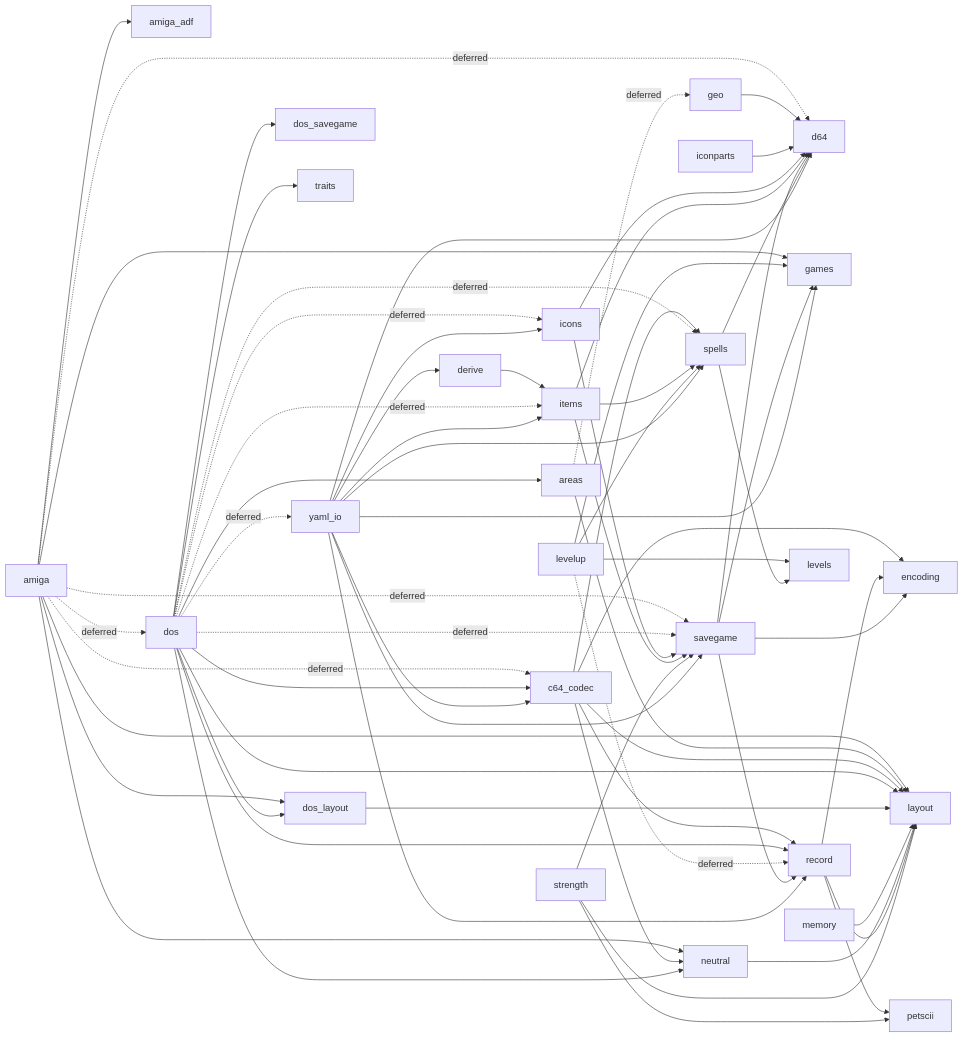
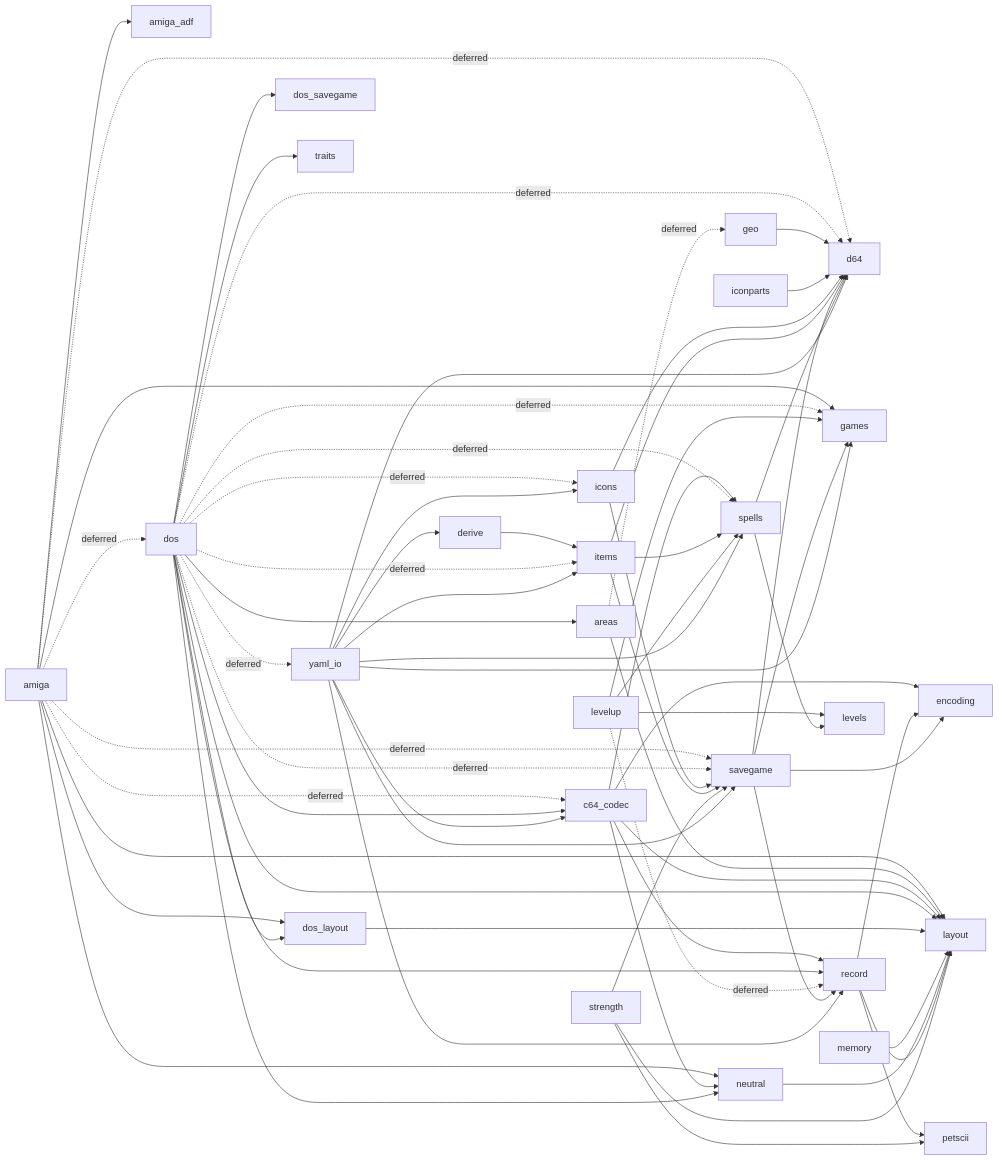
The fourth of 4 diagrams in docs/117-save-conversion.md (malcyon/wish), drawn with Mermaid before and after one commit. The commit also changed other lines of this file and 2 other files, not shown here.

````diff
--- a/docs/117-save-conversion.md
+++ b/docs/117-save-conversion.md
@@ -1321,68 +1335,70 @@
 ```mermaid
 graph LR
   amiga --> amiga_adf
   amiga -.->|deferred| c64_codec
   amiga -.->|deferred| d64
   amiga -.->|deferred| dos
   amiga --> dos_layout
   amiga --> games
   amiga --> layout
   amiga --> neutral
   amiga -.->|deferred| savegame
   areas -.->|deferred| geo
   areas --> layout
   c64_codec --> encoding
   c64_codec --> layout
   c64_codec --> neutral
   c64_codec --> record
   c64_codec --> spells
   derive --> items
   dos --> areas
   dos --> c64_codec
+  dos -.->|deferred| d64
   dos --> dos_layout
   dos --> dos_savegame
+  dos -.->|deferred| games
   dos -.->|deferred| icons
   dos -.->|deferred| items
   dos --> layout
   dos --> neutral
   dos --> record
   dos -.->|deferred| savegame
   dos -.->|deferred| spells
   dos --> traits
   dos -.->|deferred| yaml_io
   dos_layout --> layout
   geo --> d64
   iconparts --> d64
   icons --> d64
   icons --> savegame
   items --> d64
   items --> savegame
   items --> spells
   levelup --> games
   levelup --> levels
   levelup -.->|deferred| record
   levelup --> spells
   memory --> layout
   neutral --> layout
   record --> encoding
   record --> layout
   record --> petscii
   savegame --> d64
   savegame --> encoding
   savegame --> games
   savegame --> record
   spells --> d64
   spells --> levels
   strength --> layout
   strength --> petscii
   strength --> savegame
   yaml_io --> c64_codec
   yaml_io --> d64
   yaml_io --> derive
   yaml_io --> games
   yaml_io --> icons
   yaml_io --> items
   yaml_io --> record
   yaml_io --> savegame
   yaml_io --> spells
 ```
````
